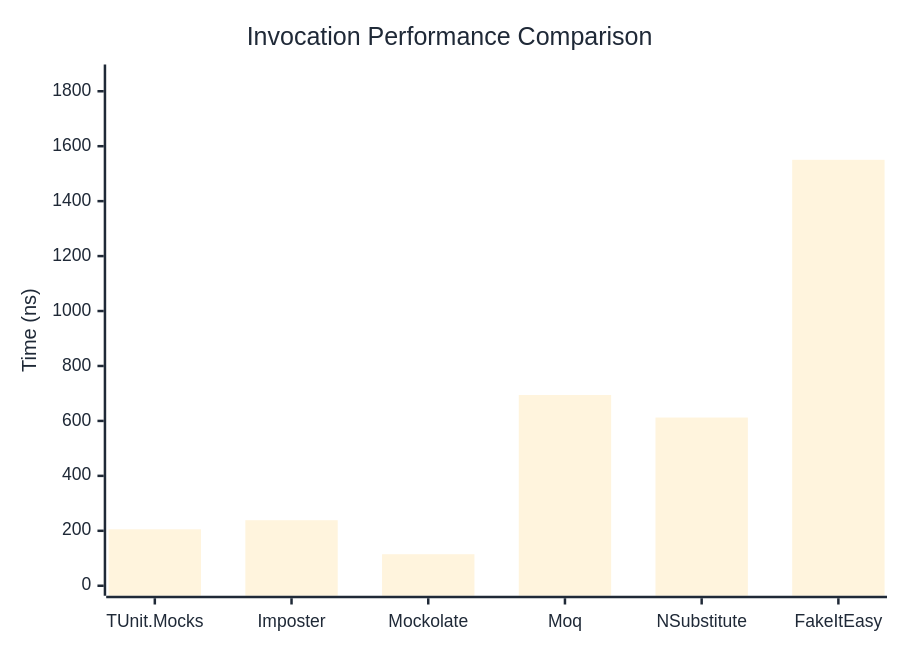
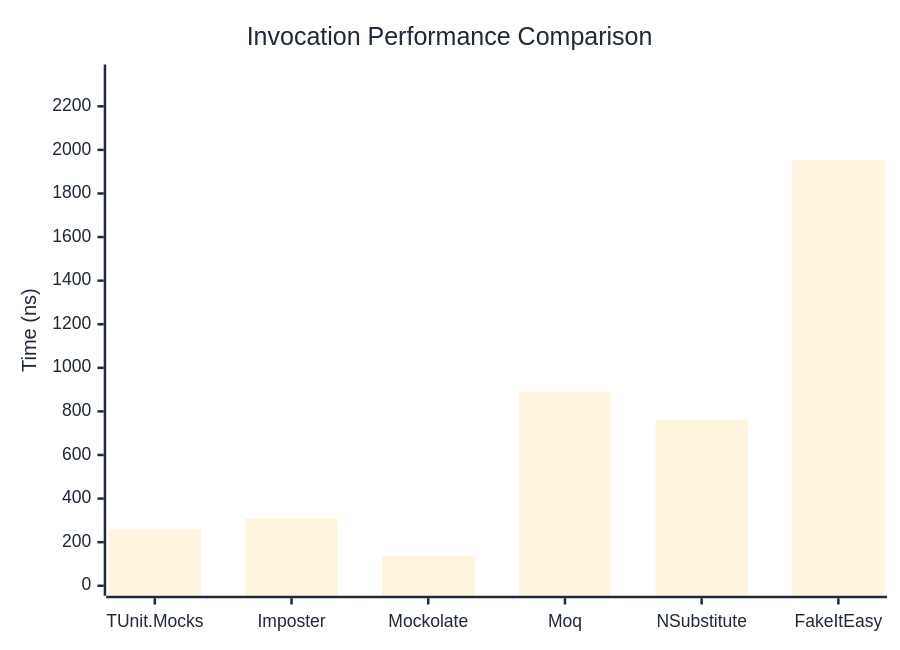
The first of 3 diagrams in docs/docs/benchmarks/mocks/Invocation.md (thomhurst/TUnit), drawn with Mermaid before and after one commit. The commit also changed other lines of this file and 14 other files, not shown here.

````diff
--- a/docs/docs/benchmarks/mocks/Invocation.md
+++ b/docs/docs/benchmarks/mocks/Invocation.md
@@ -28,27 +28,27 @@
 ```mermaid
 %%{init: {
   'theme':'base',
   'themeVariables': {
     'primaryColor': '#2563eb',
     'primaryTextColor': '#1f2937',
     'primaryBorderColor': '#1e40af',
     'lineColor': '#6b7280',
     'secondaryColor': '#7c3aed',
     'tertiaryColor': '#dc2626',
     'background': '#ffffff',
     'pie1': '#2563eb',
     'pie2': '#7c3aed',
     'pie3': '#dc2626',
     'pie4': '#f59e0b',
     'pie5': '#10b981',
     'pie6': '#06b6d4',
     'pie7': '#ec4899',
     'pie8': '#6366f1'
   }
 }}%%
 xychart-beta
   title "Invocation Performance Comparison"
   x-axis ["TUnit.Mocks", "Imposter", "Mockolate", "Moq", "NSubstitute", "FakeItEasy"]
-  y-axis "Time (ns)" 0 --> 1861
-  bar [205.5, 238.53, 114.73, 694.27, 612.35, 1550.47]
+  y-axis "Time (ns)" 0 --> 2346
+  bar [258.2, 310.2, 136.4, 887.5, 762.6, 1954.2]
 ```
````
